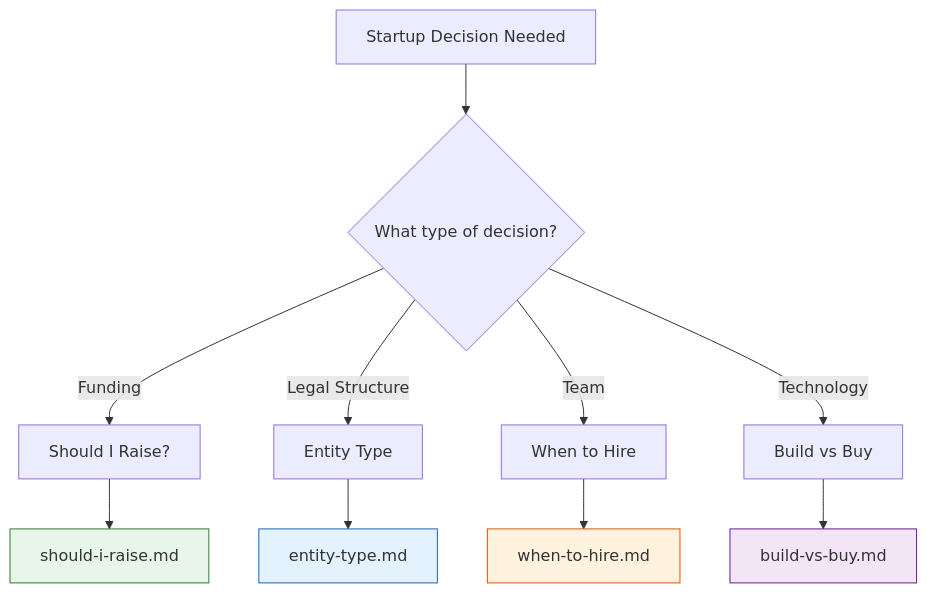
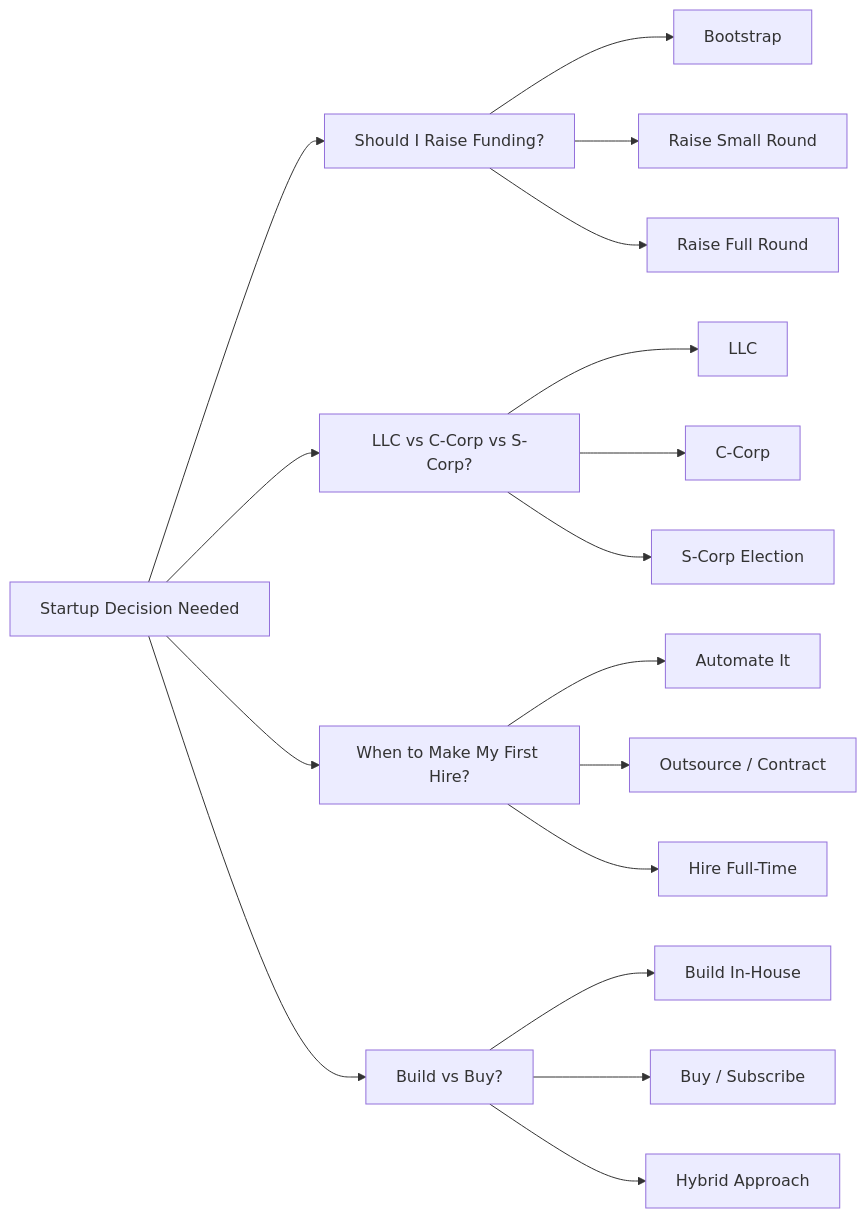
Before and after one commit to dougdevitre/access-to-business: the diagram in references/decisions/README.md, drawn with Mermaid. The commit also changed other lines of this file and 3 other files, not shown here.

First line of the commit message:
Add pitch timer app, build-vs-buy flowchart, update advisor/decisions indexes

````diff
--- a/references/decisions/README.md
+++ b/references/decisions/README.md
@@ -7,18 +7,23 @@
 ```mermaid
-graph TD
-    A[Startup Decision Needed] --> B{What type of decision?}
-    B -->|Funding| C[Should I Raise?]
-    B -->|Legal Structure| D[Entity Type]
-    B -->|Team| E[When to Hire]
-    B -->|Technology| F[Build vs Buy]
+graph LR
+    A[Startup Decision Needed] --> B[Should I Raise Funding?]
+    A --> C[LLC vs C-Corp vs S-Corp?]
+    A --> D[When to Make My First Hire?]
+    A --> E[Build vs Buy?]
 
-    C --> C1[should-i-raise.md]
-    D --> D1[entity-type.md]
-    E --> E1[when-to-hire.md]
-    F --> F1[build-vs-buy.md]
+    B --> B1[Bootstrap]
+    B --> B2[Raise Small Round]
+    B --> B3[Raise Full Round]
 
-    style C1 fill:#e8f5e9,stroke:#2e7d32
-    style D1 fill:#e3f2fd,stroke:#1565c0
-    style E1 fill:#fff3e0,stroke:#e65100
-    style F1 fill:#f3e5f5,stroke:#6a1b9a
+    C --> C1[LLC]
+    C --> C2[C-Corp]
+    C --> C3[S-Corp Election]
+
+    D --> D1[Automate It]
+    D --> D2[Outsource / Contract]
+    D --> D3[Hire Full-Time]
+
+    E --> E1[Build In-House]
+    E --> E2[Buy / Subscribe]
+    E --> E3[Hybrid Approach]
 ```
````
